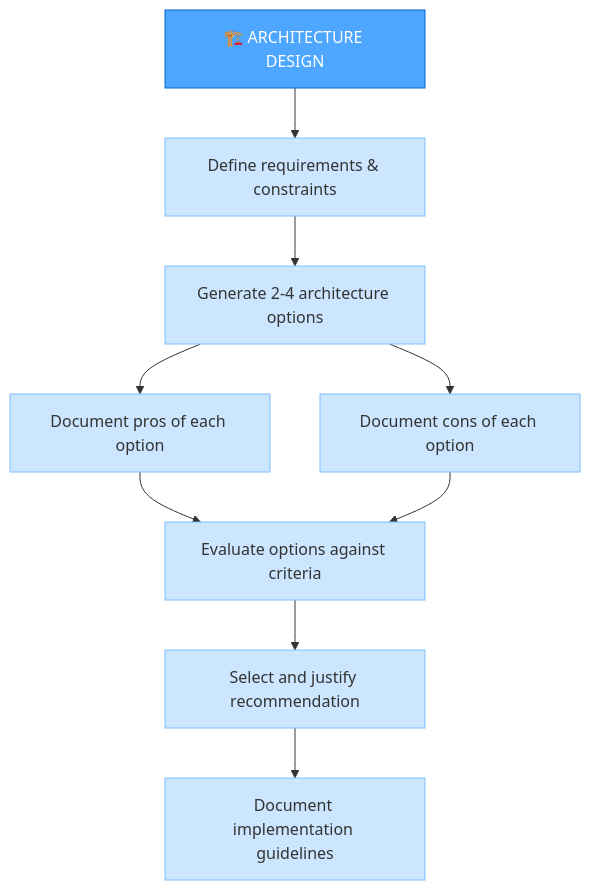
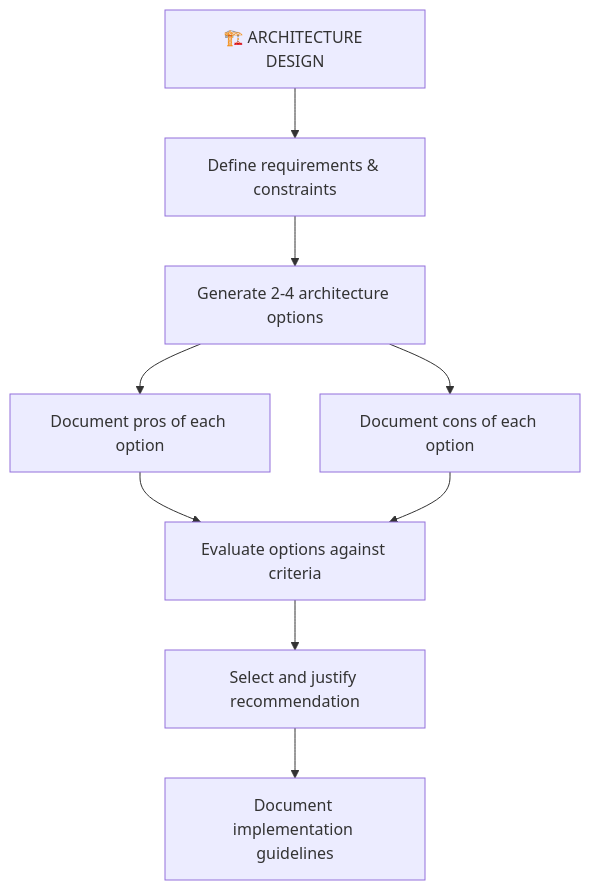
Before and after one commit to yws-coder123/trae-memory-bank: the second of 6 diagrams in custom_modes/creative_instructions.md, drawn with Mermaid. The commit also changed other lines of this file and 2 other files, not shown here.

````diff
--- a/custom_modes/creative_instructions.md
+++ b/custom_modes/creative_instructions.md
@@ -152,19 +140,10 @@
 ```mermaid
 graph TD
     AD["🏗️ ARCHITECTURE DESIGN"] --> Req["Define requirements & constraints"]
     Req --> Options["Generate 2-4 architecture options"]
     Options --> Pros["Document pros of each option"]
     Options --> Cons["Document cons of each option"]
     Pros & Cons --> Eval["Evaluate options against criteria"]
     Eval --> Select["Select and justify recommendation"]
     Select --> Doc["Document implementation guidelines"]
-    
-    style AD fill:#4da6ff,stroke:#0066cc,color:white
-    style Req fill:#cce6ff,stroke:#80bfff
-    style Options fill:#cce6ff,stroke:#80bfff
-    style Pros fill:#cce6ff,stroke:#80bfff
-    style Cons fill:#cce6ff,stroke:#80bfff
-    style Eval fill:#cce6ff,stroke:#80bfff
-    style Select fill:#cce6ff,stroke:#80bfff
-    style Doc fill:#cce6ff,stroke:#80bfff
 ```
````
